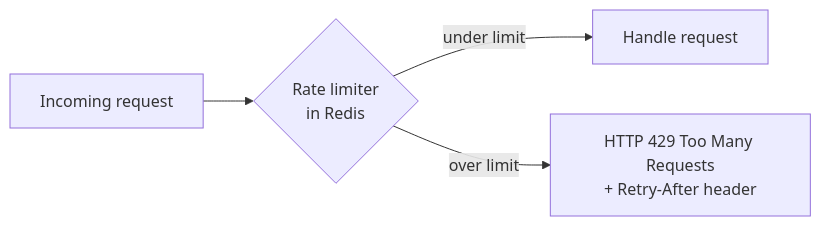
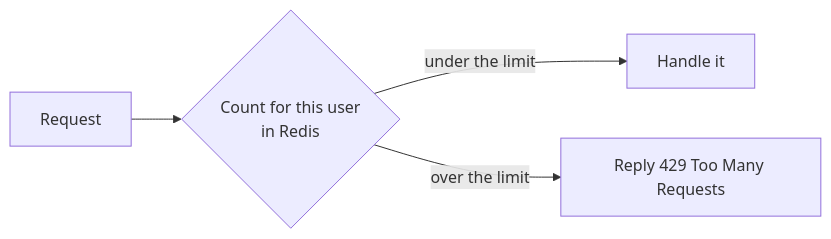
Before and after one commit to selvakumarperumal/Regulatory_Circular_Impact_Agent: the seventh of 30 diagrams in redis.md, drawn with Mermaid. The commit also changed other lines of this file, not shown here.

````diff
--- a/redis.md
+++ b/redis.md
@@ -523,6 +746,6 @@
 ```mermaid
 flowchart LR
-    REQ["Incoming request"] --> RL{"Rate limiter<br/>in Redis"}
-    RL -- "under limit" --> OK["Handle request"]
-    RL -- "over limit" --> DENY["HTTP 429 Too Many Requests<br/>+ Retry-After header"]
+    REQ["Request"] --> RL{"Count for this user<br/>in Redis"}
+    RL -- "under the limit" --> OK["Handle it"]
+    RL -- "over the limit" --> NO["Reply 429 Too Many Requests"]
 ```
````
